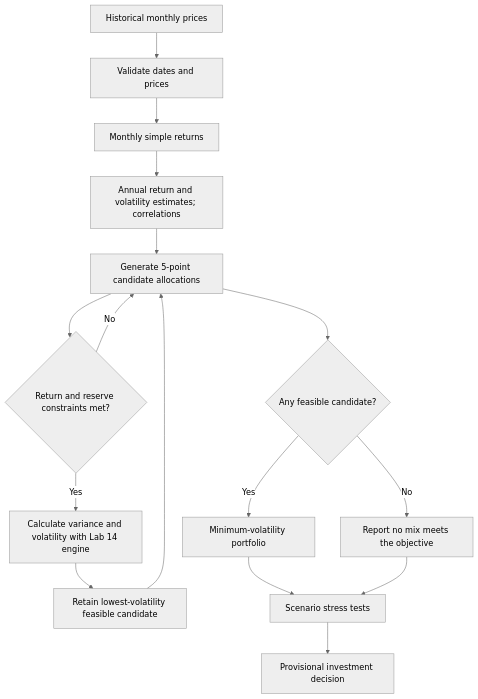
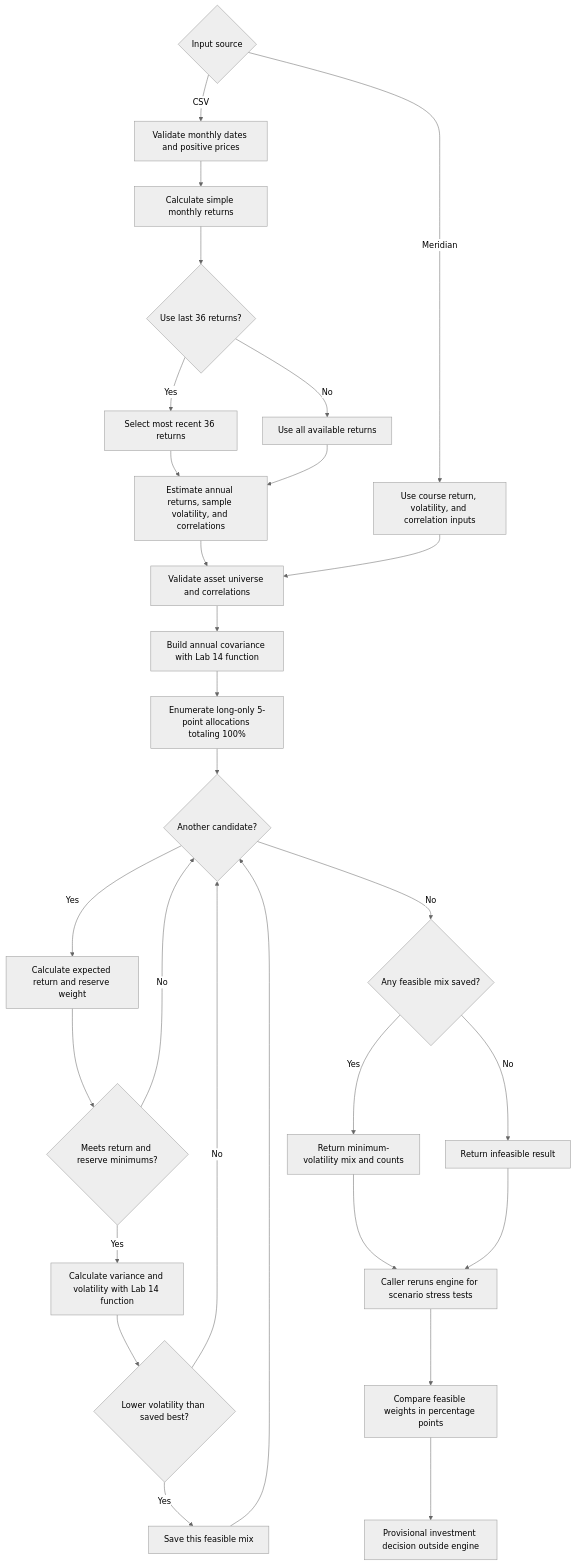
One commit to cmainville/FIN43900 changed the diagram in lab15/lab15-notes.md. Above: the diagram before and after it, drawn with Mermaid (neutral theme). The commit also changed other lines of this file, not shown here.

Commit message:
Clarify Lab 15 portfolio engine flowchart

````diff
--- a/lab15/lab15-notes.md
+++ b/lab15/lab15-notes.md
@@ -79,18 +79,32 @@
 ```mermaid
 flowchart TD
-    A[Historical monthly prices] --> B[Validate dates and prices]
-    B --> C[Monthly simple returns]
-    C --> D[Annual return and volatility estimates; correlations]
-    D --> E[Generate 5-point candidate allocations]
-    E --> F{Return and reserve constraints met?}
-    F -- No --> E
-    F -- Yes --> G[Calculate variance and volatility with Lab 14 engine]
-    G --> H[Retain lowest-volatility feasible candidate]
-    H --> E
-    E --> I{Any feasible candidate?}
-    I -- No --> J[Report no mix meets the objective]
-    I -- Yes --> K[Minimum-volatility portfolio]
-    K --> L[Scenario stress tests]
-    J --> L
-    L --> M[Provisional investment decision]
+    A{"Input source"}
+    A -- "CSV" --> B["Validate monthly dates and positive prices"]
+    B --> C["Calculate simple monthly returns"]
+    C --> D{"Use last 36 returns?"}
+    D -- "Yes" --> E["Select most recent 36 returns"]
+    D -- "No" --> F["Use all available returns"]
+    E --> G["Estimate annual returns, sample volatility, and correlations"]
+    F --> G
+    A -- "Meridian" --> H["Use course return, volatility, and correlation inputs"]
+    G --> I["Validate asset universe and correlations"]
+    H --> I
+    I --> J["Build annual covariance with Lab 14 function"]
+    J --> K["Enumerate long-only 5-point allocations totaling 100%"]
+    K --> L{"Another candidate?"}
+    L -- "Yes" --> M["Calculate expected return and reserve weight"]
+    M --> N{"Meets return and reserve minimums?"}
+    N -- "No" --> L
+    N -- "Yes" --> O["Calculate variance and volatility with Lab 14 function"]
+    O --> P{"Lower volatility than saved best?"}
+    P -- "Yes" --> Q["Save this feasible mix"]
+    P -- "No" --> L
+    Q --> L
+    L -- "No" --> R{"Any feasible mix saved?"}
+    R -- "Yes" --> S["Return minimum-volatility mix and counts"]
+    R -- "No" --> T["Return infeasible result"]
+    S --> U["Caller reruns engine for scenario stress tests"]
+    T --> U
+    U --> V["Compare feasible weights in percentage points"]
+    V --> W["Provisional investment decision outside engine"]
 ```
````
